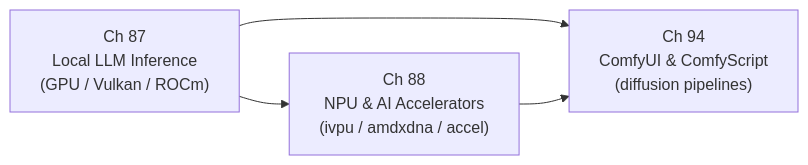
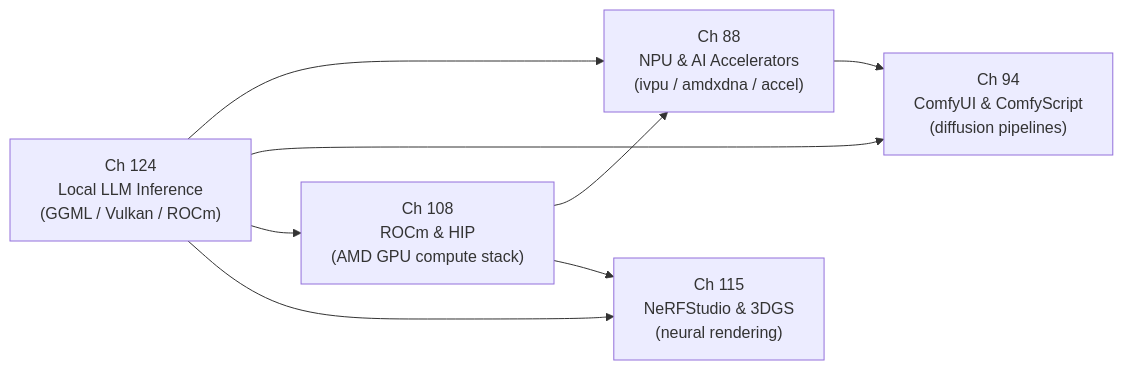
One commit to jreuben11/linux-graphics-stack-book changed the diagram in chapters/part-20-ai-inference/part-intro.md. Above: the diagram before and after it, drawn with Mermaid. The commit also changed other lines of this file and 12 other files, not shown here.

````diff
--- a/chapters/part-20-ai-inference/part-intro.md
+++ b/chapters/part-20-ai-inference/part-intro.md
@@ -15,10 +19,16 @@
 ```mermaid
 graph LR
-    CH87["Ch 87\nLocal LLM Inference\n(GPU / Vulkan / ROCm)"]
     CH88["Ch 88\nNPU & AI Accelerators\n(ivpu / amdxdna / accel)"]
     CH94["Ch 94\nComfyUI & ComfyScript\n(diffusion pipelines)"]
+    CH108["Ch 108\nROCm & HIP\n(AMD GPU compute stack)"]
+    CH115["Ch 115\nNeRFStudio & 3DGS\n(neural rendering)"]
+    CH124["Ch 124\nLocal LLM Inference\n(GGML / Vulkan / ROCm)"]
 
-    CH87 --> CH88
-    CH87 --> CH94
+    CH124 --> CH88
+    CH124 --> CH94
+    CH124 --> CH108
+    CH108 --> CH88
+    CH108 --> CH115
+    CH124 --> CH115
     CH88 --> CH94
 ```
````
